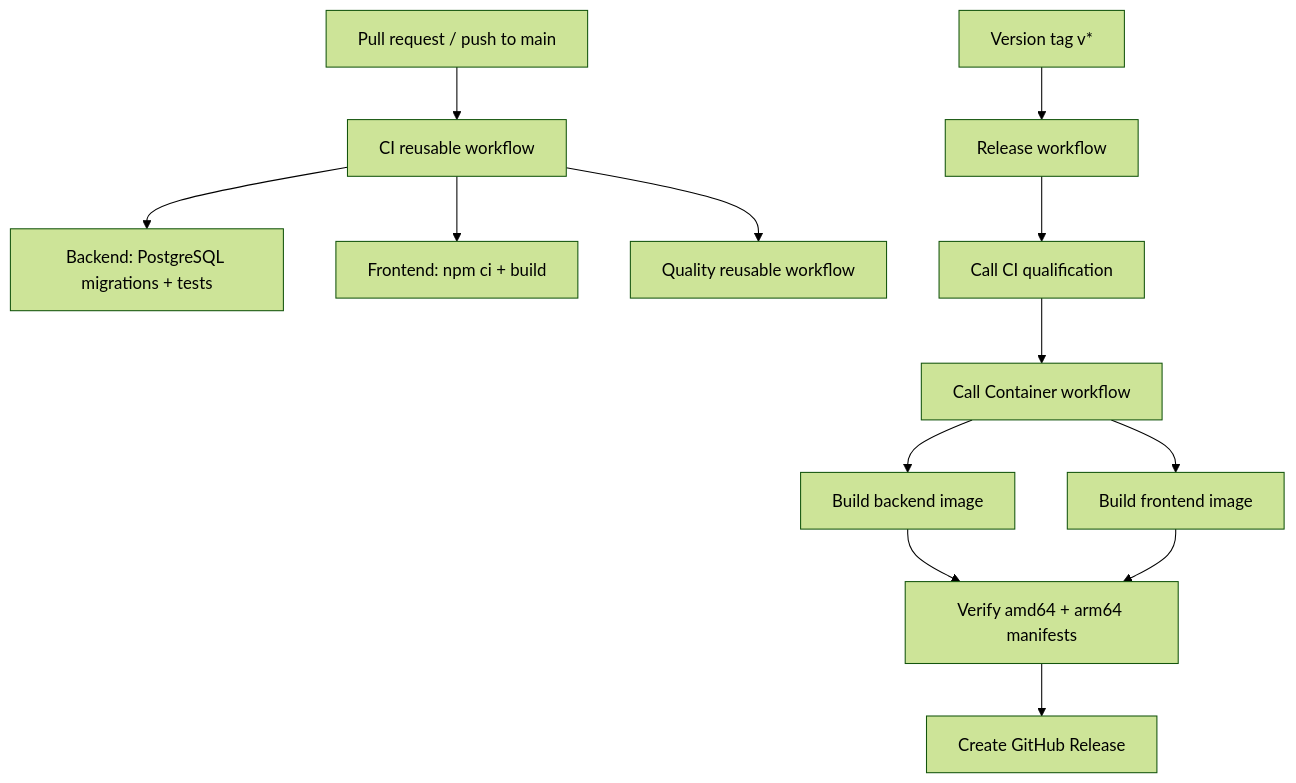
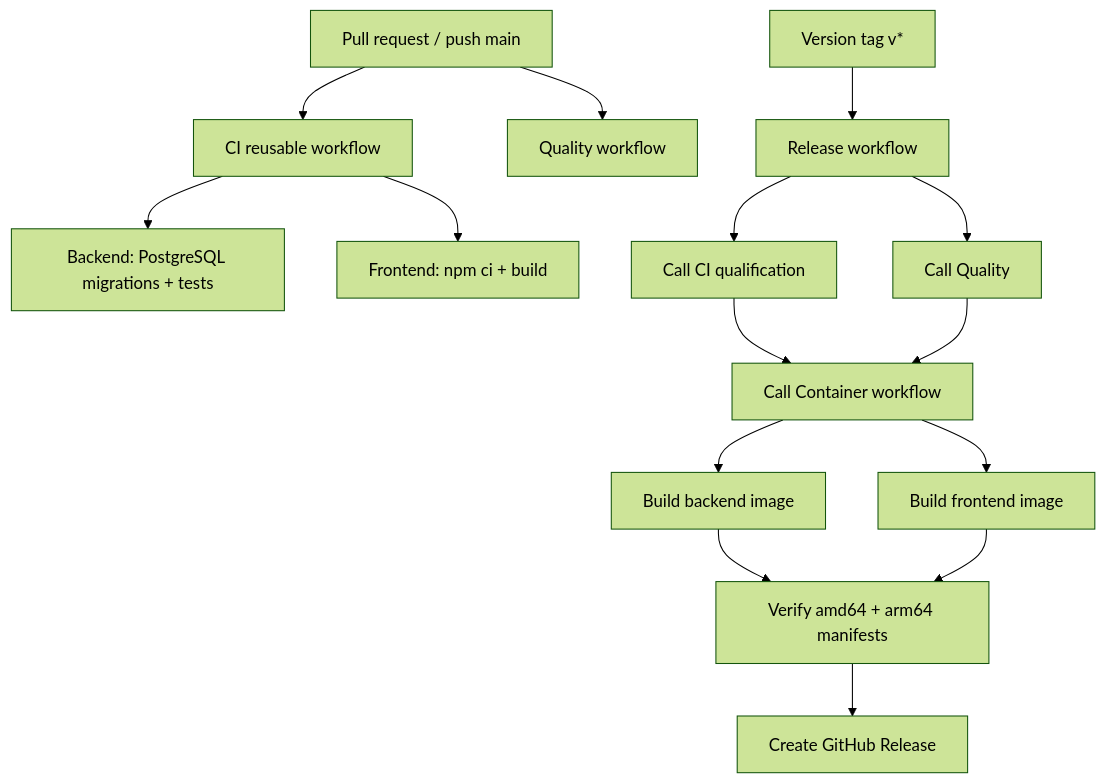
Before and after one commit to nyeinpyaesone-ui/ERP03: the diagram in docs/operations/GITHUB_ACTIONS_PIPELINES.md, drawn with Mermaid (forest theme). The commit also changed other lines of this file, not shown here.

Commit message:
docs(ci): clarify parallel release qualification gates

````diff
--- a/docs/operations/GITHUB_ACTIONS_PIPELINES.md
+++ b/docs/operations/GITHUB_ACTIONS_PIPELINES.md
@@ -8,15 +8,17 @@
 ```mermaid
 flowchart TD
   PR[Pull request / push to main] --> CI[CI reusable workflow]
   CI --> B[Backend: PostgreSQL migrations + tests]
   CI --> F[Frontend: npm ci + build]
-  CI --> Q[Quality reusable workflow]
+  PR[Pull request / push main] --> Q[Quality workflow]
   TAG[Version tag v*] --> R[Release workflow]
   R --> CI2[Call CI qualification]
+  R --> Q2[Call Quality]
   CI2 --> C[Call Container workflow]
+  Q2 --> C
   C --> BE[Build backend image]
   C --> FE[Build frontend image]
   BE --> VERIFY[Verify amd64 + arm64 manifests]
   FE --> VERIFY
   VERIFY --> GH[Create GitHub Release]
 ```
````
